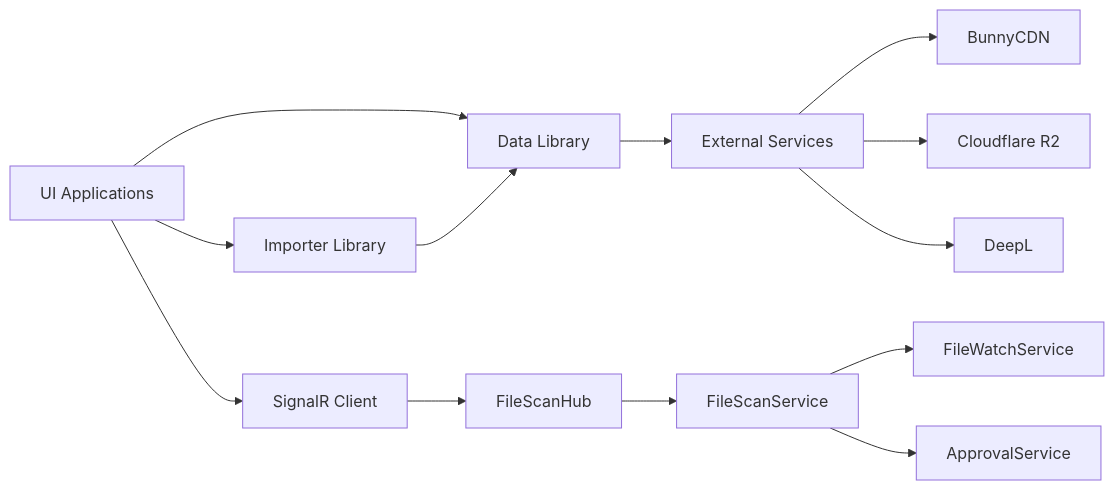
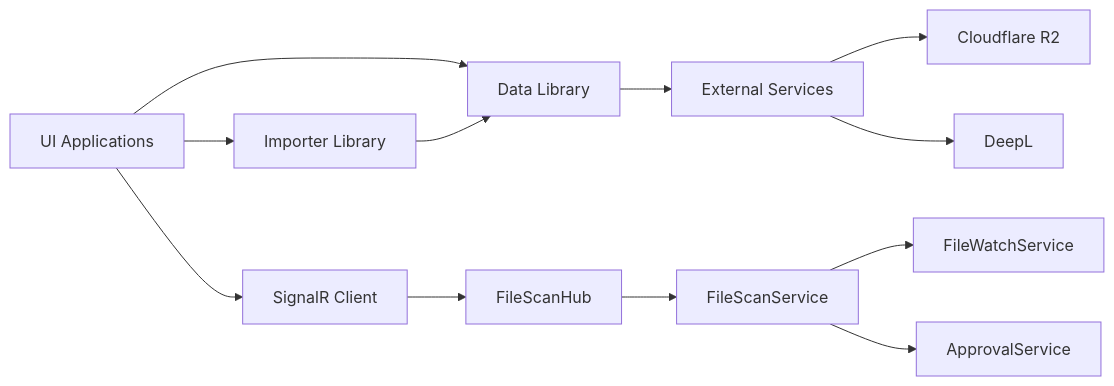
One commit to Al-Ummah-Now/AlUmmahNowTools changed the third of 3 diagrams in ARCHITECTURE.md. Above: the diagram before and after it, drawn with Mermaid. The commit also changed other lines of this file and 7 other files, not shown here.

````diff
--- a/ARCHITECTURE.md
+++ b/ARCHITECTURE.md
@@ -221,17 +223,16 @@
 ```mermaid
 graph LR
     A[UI Applications] --> B[Importer Library]
     A --> C[Data Library]
     B --> C
     A --> D[SignalR Client]
     D --> E[FileScanHub]
     E --> F[FileScanService]
     
     F --> G[FileWatchService]
     F --> H[ApprovalService]
     
     C --> I[External Services]
-    I --> J[BunnyCDN]
     I --> K[Cloudflare R2]
     I --> L[DeepL]
 ```
````
